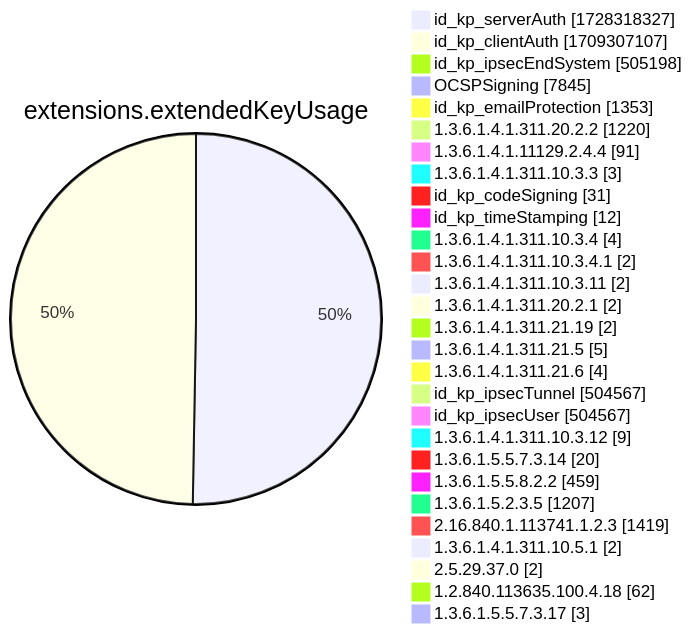
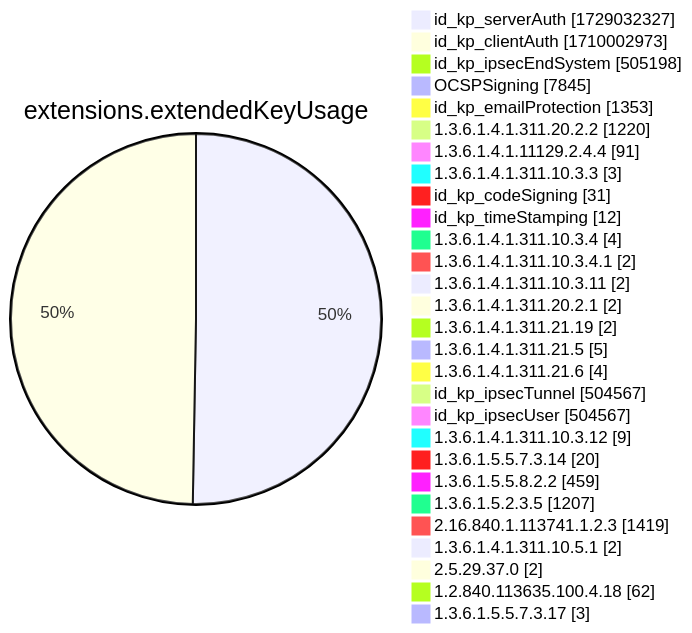
One commit to christiankrug/ctmonitor_visualization changed diagram 12 of 15 in xenon2022/README.md. Above: the diagram before and after it, drawn with Mermaid. The commit also changed other lines of this file, not shown here.

````diff
--- a/xenon2022/README.md
+++ b/xenon2022/README.md
@@ -3889,32 +3889,32 @@
 ```mermaid
 pie showData
 title extensions.extendedKeyUsage
-"id_kp_serverAuth" :1728318327
-"id_kp_clientAuth" :1709307107
+"id_kp_serverAuth" :1729032327
+"id_kp_clientAuth" :1710002973
 "id_kp_ipsecEndSystem" :505198
 "OCSPSigning" :7845
 "id_kp_emailProtection" :1353
 "1.3.6.1.4.1.311.20.2.2" :1220
 "1.3.6.1.4.1.11129.2.4.4" :91
 "1.3.6.1.4.1.311.10.3.3" :3
 "id_kp_codeSigning" :31
 "id_kp_timeStamping" :12
 "1.3.6.1.4.1.311.10.3.4" :4
 "1.3.6.1.4.1.311.10.3.4.1" :2
 "1.3.6.1.4.1.311.10.3.11" :2
 "1.3.6.1.4.1.311.20.2.1" :2
 "1.3.6.1.4.1.311.21.19" :2
 "1.3.6.1.4.1.311.21.5" :5
 "1.3.6.1.4.1.311.21.6" :4
 "id_kp_ipsecTunnel" :504567
 "id_kp_ipsecUser" :504567
 "1.3.6.1.4.1.311.10.3.12" :9
 "1.3.6.1.5.5.7.3.14" :20
 "1.3.6.1.5.5.8.2.2" :459
 "1.3.6.1.5.2.3.5" :1207
 "2.16.840.1.113741.1.2.3" :1419
 "1.3.6.1.4.1.311.10.5.1" :2
 "2.5.29.37.0" :2
 "1.2.840.113635.100.4.18" :62
 "1.3.6.1.5.5.7.3.17" :3
 ```
````
